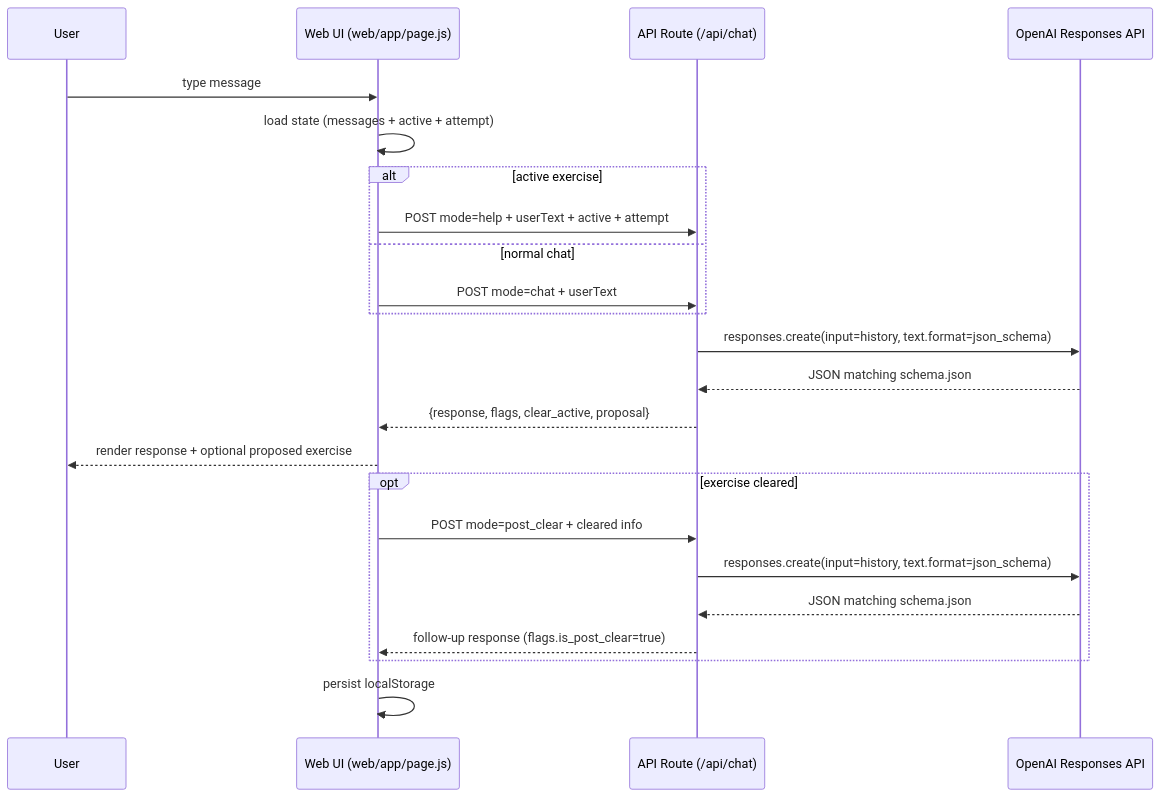
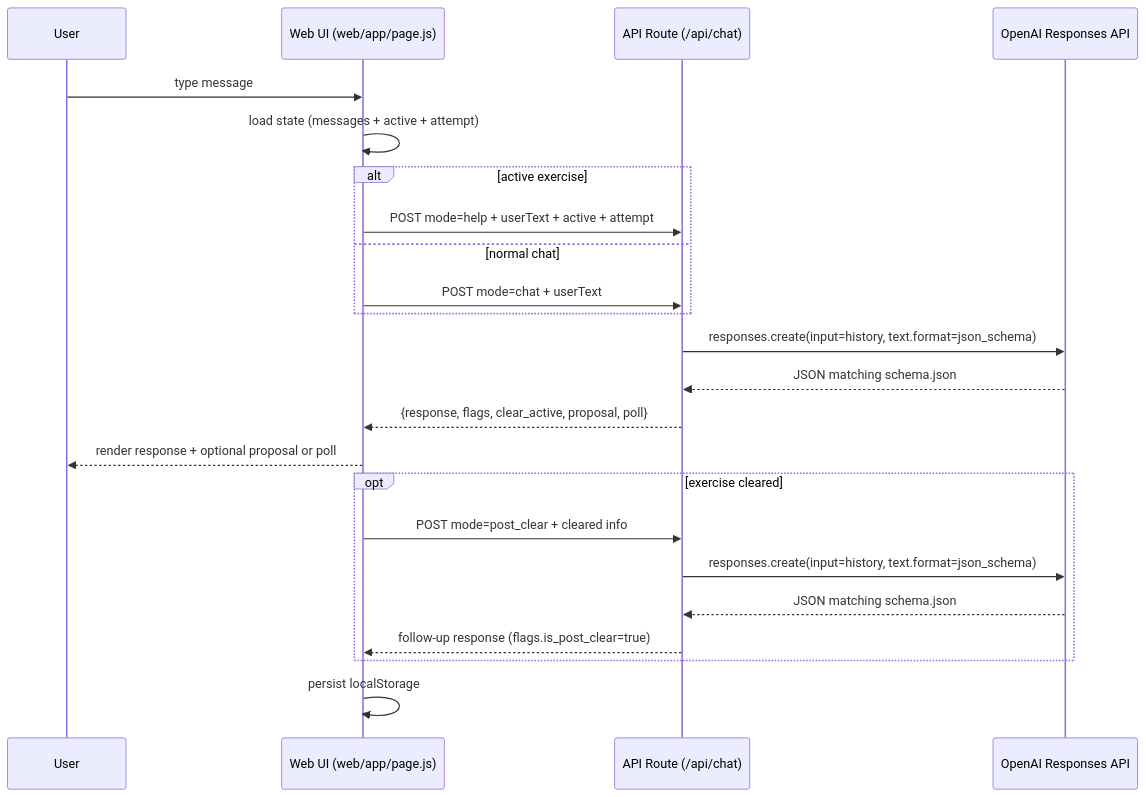
Before and after one commit to PatrickJYKang/language: the second of 2 diagrams in README.md, drawn with Mermaid. The commit also changed other lines of this file and 4 other files, not shown here.

````diff
--- a/README.md
+++ b/README.md
@@ -168,26 +193,26 @@
 ```mermaid
 sequenceDiagram
   participant U as User
   participant W as Web UI (web/app/page.js)
   participant A as API Route (/api/chat)
   participant O as OpenAI Responses API
 
   U->>W: type message
   W->>W: load state (messages + active + attempt)
   alt active exercise
     W->>A: POST mode=help + userText + active + attempt
   else normal chat
     W->>A: POST mode=chat + userText
   end
   A->>O: responses.create(input=history, text.format=json_schema)
   O-->>A: JSON matching schema.json
-  A-->>W: {response, flags, clear_active, proposal}
-  W-->>U: render response + optional proposed exercise
+  A-->>W: {response, flags, clear_active, proposal, poll}
+  W-->>U: render response + optional proposal or poll
   opt exercise cleared
     W->>A: POST mode=post_clear + cleared info
     A->>O: responses.create(input=history, text.format=json_schema)
     O-->>A: JSON matching schema.json
     A-->>W: follow-up response (flags.is_post_clear=true)
   end
   W->>W: persist localStorage
 ```
````
